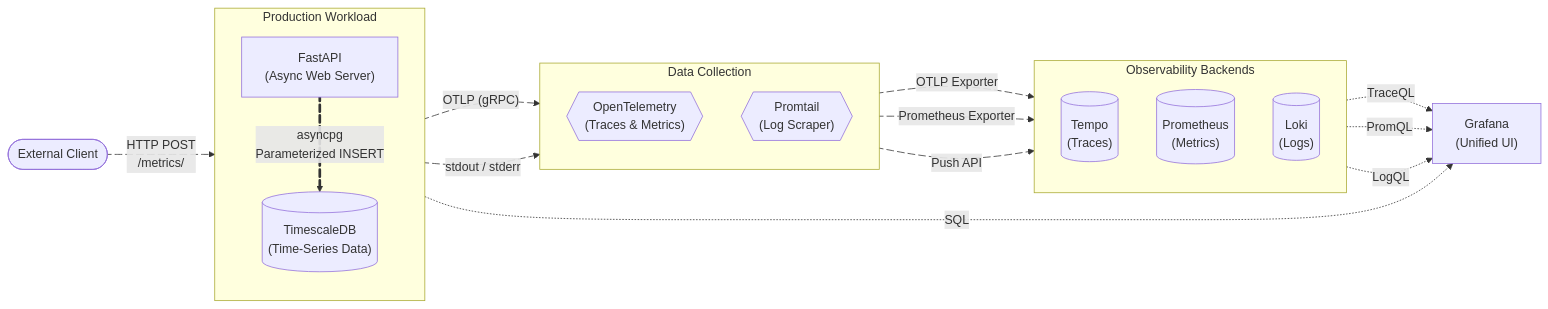
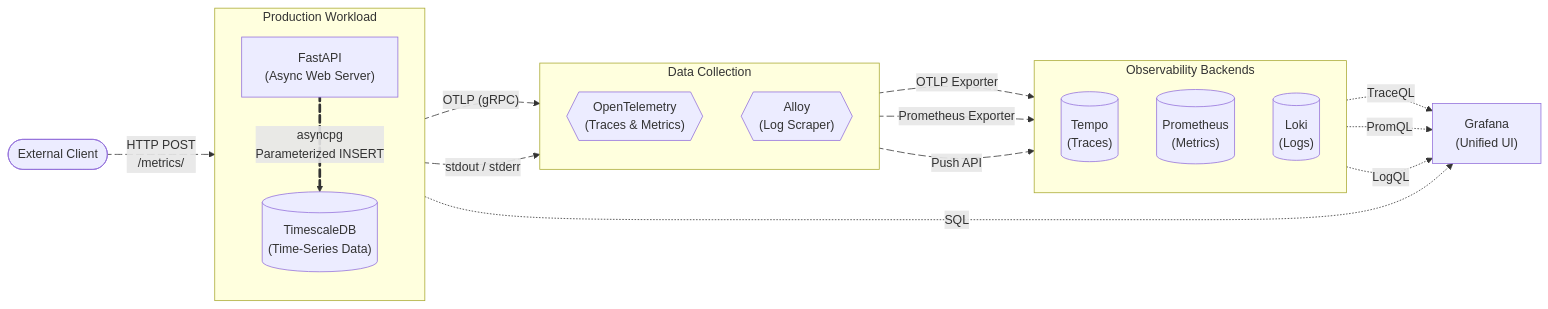
Before and after one commit to rehansxcbom/fastapi-observability: the diagram in README.md, drawn with Mermaid. The commit also changed other lines of this file and 5 other files, not shown here.

Commit message:
add architecture decision record and new tests

````diff
--- a/README.md
+++ b/README.md
@@ -31,54 +30,54 @@
 ```mermaid
 flowchart LR
     Client([External Client])
 
     subgraph Application["Production Workload"]
         direction TB
         API["FastAPI\n(Async Web Server)"]
         TSDB[("TimescaleDB\n(Time-Series Data)")]
     end
 
     subgraph Telemetry["Data Collection"]
         direction TB
         OTel{{"OpenTelemetry\n(Traces & Metrics)"}}
-        Promtail{{"Promtail\n(Log Scraper)"}}
+        Alloy{{"Alloy\n(Log Scraper)"}}
     end
 
     subgraph LGTM["Observability Backends"]
         direction TB
         Tempo[("Tempo\n(Traces)")]
         Prom[("Prometheus\n(Metrics)")]
         Loki[("Loki\n(Logs)")]
     end
 
     Grafana["Grafana\n(Unified UI)"]
 
     %% Core Business Flow (Animated)
     Client e1@-->|"HTTP POST\n/metrics/"| API
     e1@{ animate: true }
     
     API e2@==>|"asyncpg\nParameterized INSERT"| TSDB
     e2@{ animate: true, animation: slow }
 
     %% Telemetry Routing (Animated)
     API e3@-.->|"OTLP (gRPC)"| OTel
     e3@{ animate: true }
     
-    API e4@-.->|"stdout / stderr"| Promtail
+    API e4@-.->|"stdout / stderr"| Alloy
     e4@{ animate: true }
 
     OTel e5@-.->|"OTLP Exporter"| Tempo
     e5@{ animate: true }
     
     OTel e6@-.->|"Prometheus Exporter"| Prom
     e6@{ animate: true }
     
-    Promtail e7@-.->|"Push API"| Loki
+    Alloy e7@-.->|"Push API"| Loki
     e7@{ animate: true }
 
     %% Dashboard Visualization (Static - represents queries, not streams)
     Tempo -. "TraceQL" .-> Grafana
     Prom -. "PromQL" .-> Grafana
     Loki -. "LogQL" .-> Grafana
     TSDB -. "SQL" .-> Grafana
 ```
````
